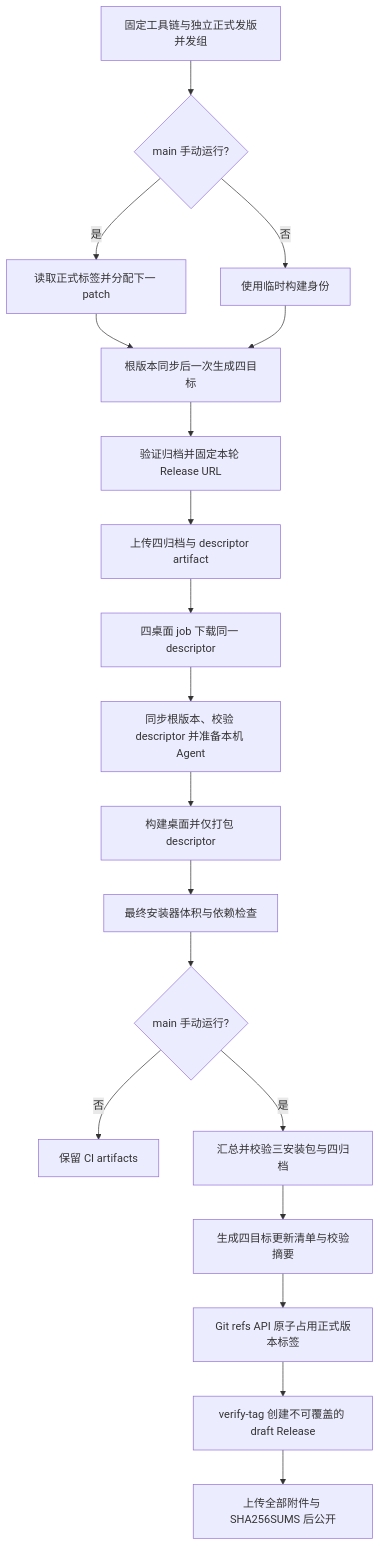
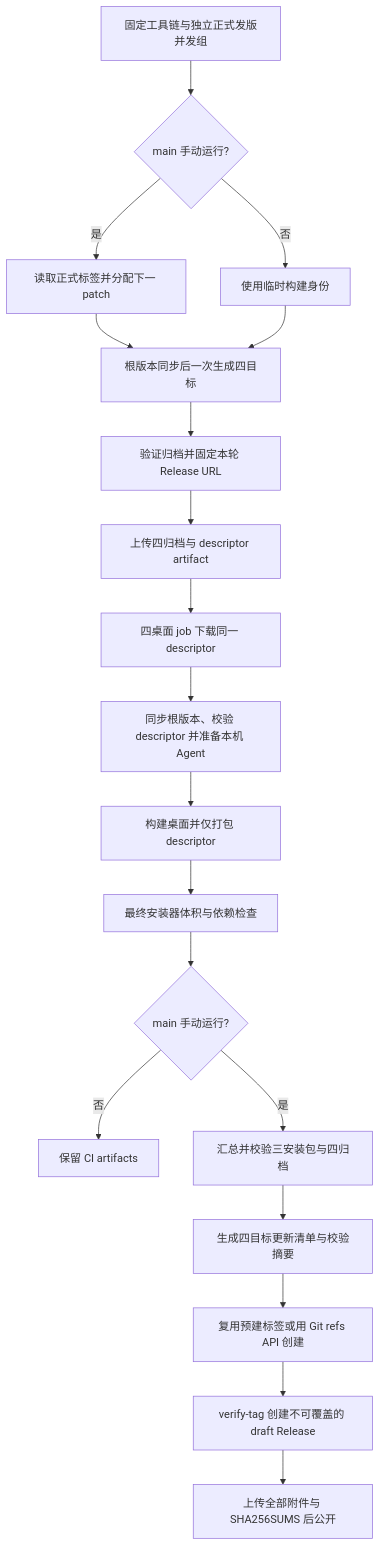
Before and after one commit to OpenX123/ZCode: the third of 5 diagrams in docs/desktop/github-release-packaging-spec.md, drawn with Mermaid. The commit also changed other lines of this file and 21 other files, not shown here.

````diff
--- a/docs/desktop/github-release-packaging-spec.md
+++ b/docs/desktop/github-release-packaging-spec.md
@@ -69,21 +93,21 @@
 ```mermaid
 flowchart TD
     A[固定工具链与独立正式发版并发组] --> A1{main 手动运行?}
     A1 -- 是 --> A2[读取正式标签并分配下一 patch]
     A1 -- 否 --> A3[使用临时构建身份]
     A2 --> B[根版本同步后一次生成四目标]
     A3 --> B
     B --> C[验证归档并固定本轮 Release URL]
     C --> D[上传四归档与 descriptor artifact]
     D --> E[四桌面 job 下载同一 descriptor]
     E --> F[同步根版本、校验 descriptor 并准备本机 Agent]
     F --> G[构建桌面并仅打包 descriptor]
     G --> H[最终安装器体积与依赖检查]
     H --> I{main 手动运行?}
     I -- 否 --> J[保留 CI artifacts]
     I -- 是 --> K[汇总并校验三安装包与四归档]
     K --> K1[生成四目标更新清单与校验摘要]
-    K1 --> K2[Git refs API 原子占用正式版本标签]
+    K1 --> K2[复用预建标签或用 Git refs API 创建]
     K2 --> L[verify-tag 创建不可覆盖的 draft Release]
     L --> M[上传全部附件与 SHA256SUMS 后公开]
 ```
````
